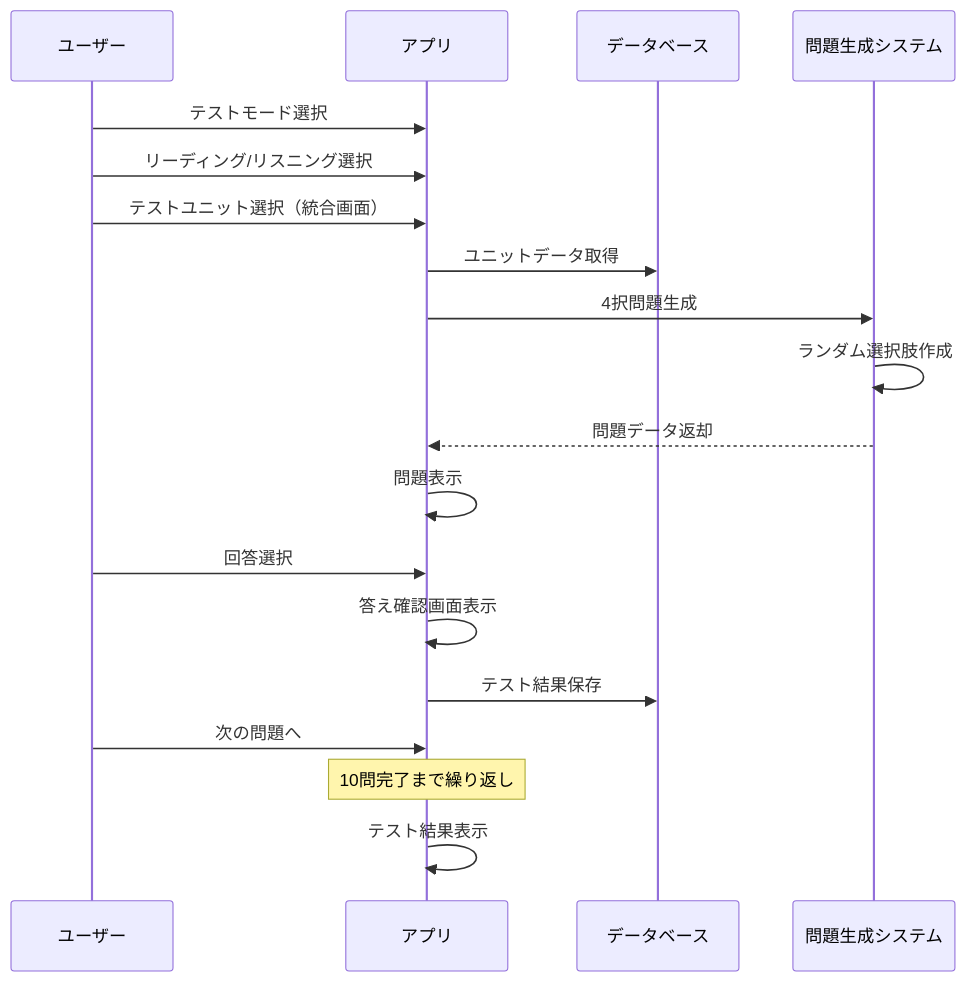
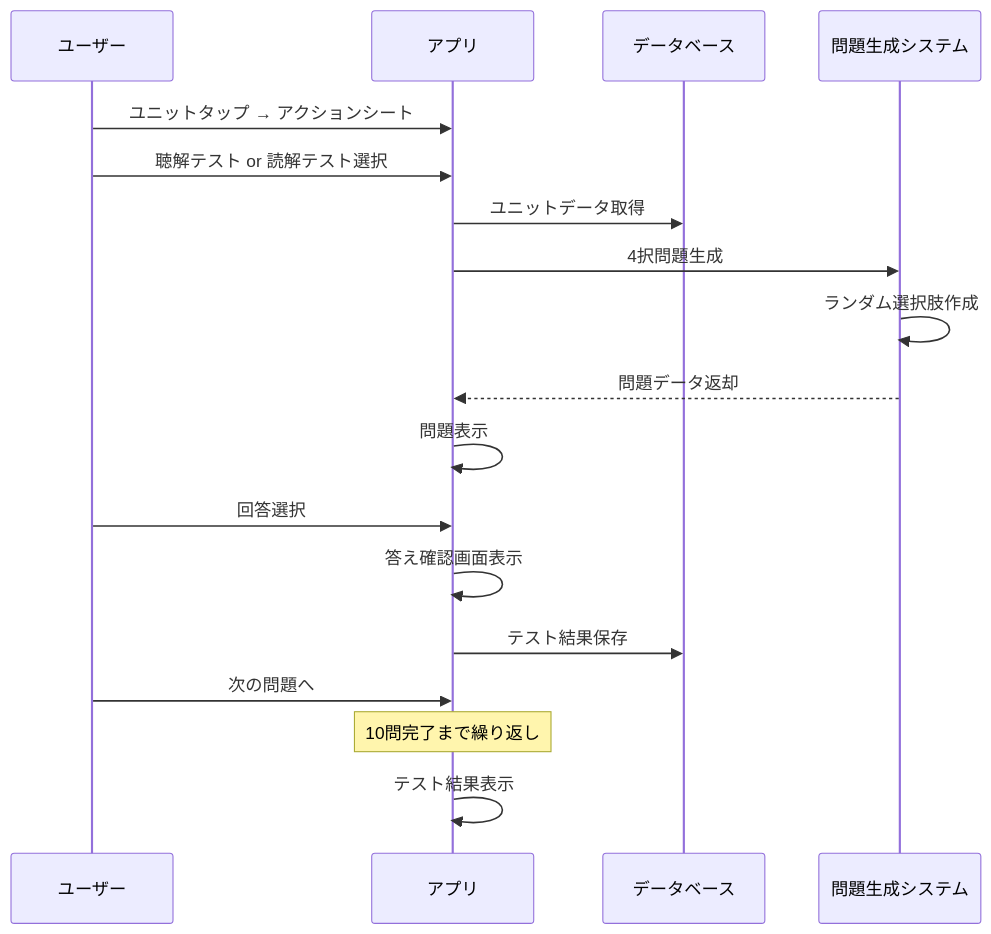
Before and after one commit to yuichkun/topik-dojo: the third of 4 diagrams in docs/screen-flows.md, drawn with Mermaid. The commit also changed other lines of this file and 12 other files, not shown here.

````diff
--- a/docs/screen-flows.md
+++ b/docs/screen-flows.md
@@ -57,22 +59,21 @@
 ```mermaid
 sequenceDiagram
     participant U as ユーザー
     participant A as アプリ
     participant D as データベース
     participant Q as 問題生成システム
-    
-    U->>A: テストモード選択
-    U->>A: リーディング/リスニング選択
-    U->>A: テストユニット選択（統合画面）
+
+    U->>A: ユニットタップ → アクションシート
+    U->>A: 聴解テスト or 読解テスト選択
     A->>D: ユニットデータ取得
     A->>Q: 4択問題生成
     Q->>Q: ランダム選択肢作成
     Q-->>A: 問題データ返却
     A->>A: 問題表示
     U->>A: 回答選択
     A->>A: 答え確認画面表示
     A->>D: テスト結果保存
     U->>A: 次の問題へ
     Note over A: 10問完了まで繰り返し
     A->>A: テスト結果表示
 ```
````
